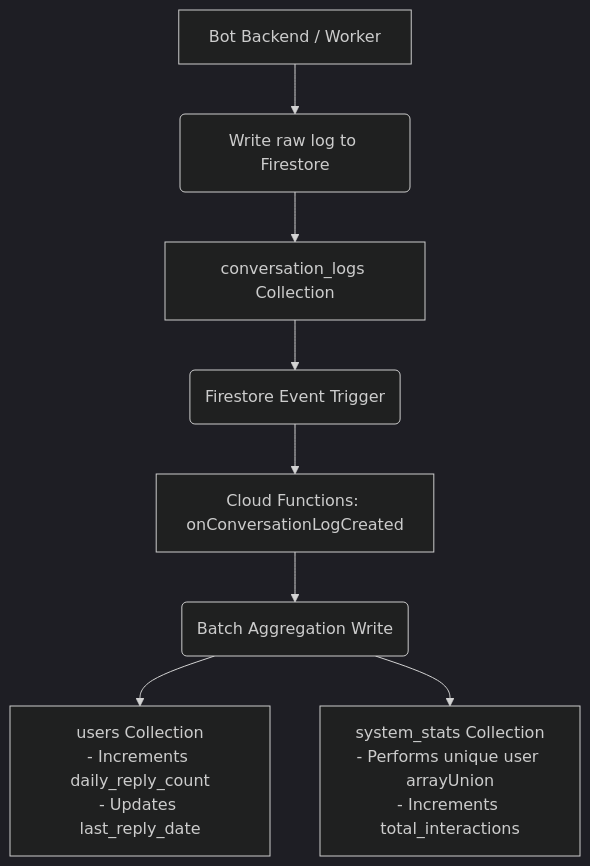
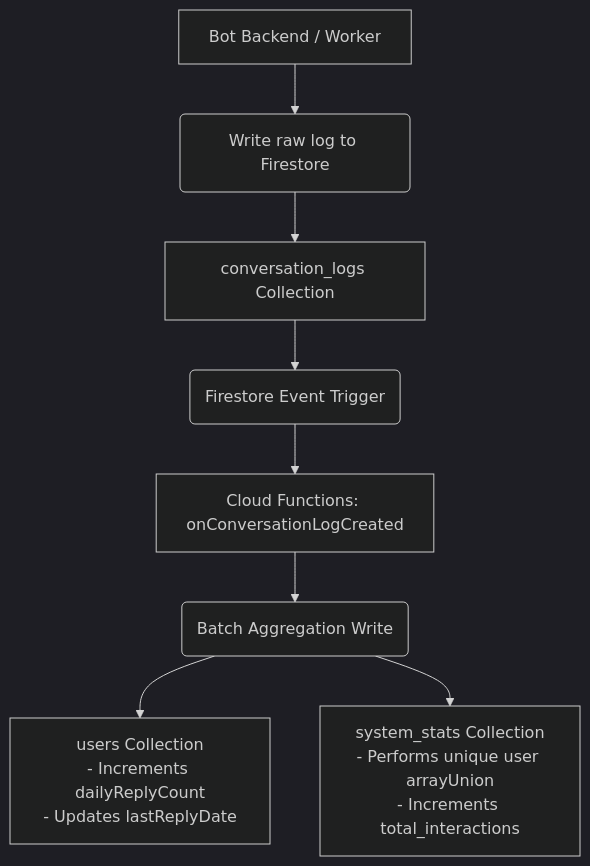
One commit to akina-se/rebecca-ai changed the diagram in apps/functions/README.md. Above: the diagram before and after it, drawn with Mermaid (dark theme). The commit also changed other lines of this file and 10 other files, not shown here.

Commit message:
refactor(types): standardize lastReplyDate and dailyReplyCount in camelCase across monorepo

````diff
--- a/apps/functions/README.md
+++ b/apps/functions/README.md
@@ -13,20 +13,20 @@
 ```mermaid
 graph TD
     Bot[Bot Backend / Worker]
     ActionWrite(Write raw log to Firestore)
     ColLogs[conversation_logs Collection]
     Trigger(Firestore Event Trigger)
     Function[Cloud Functions: onConversationLogCreated]
     BatchWrite(Batch Aggregation Write)
     
-    ColUsers["users Collection<br/>- Increments daily_reply_count<br/>- Updates last_reply_date"]
+    ColUsers["users Collection<br/>- Increments dailyReplyCount<br/>- Updates lastReplyDate"]
     ColStats["system_stats Collection<br/>- Performs unique user arrayUnion<br/>- Increments total_interactions"]
 
     Bot --> ActionWrite
     ActionWrite --> ColLogs
     ColLogs --> Trigger
     Trigger --> Function
     Function --> BatchWrite
     BatchWrite --> ColUsers
     BatchWrite --> ColStats
 ```
````
